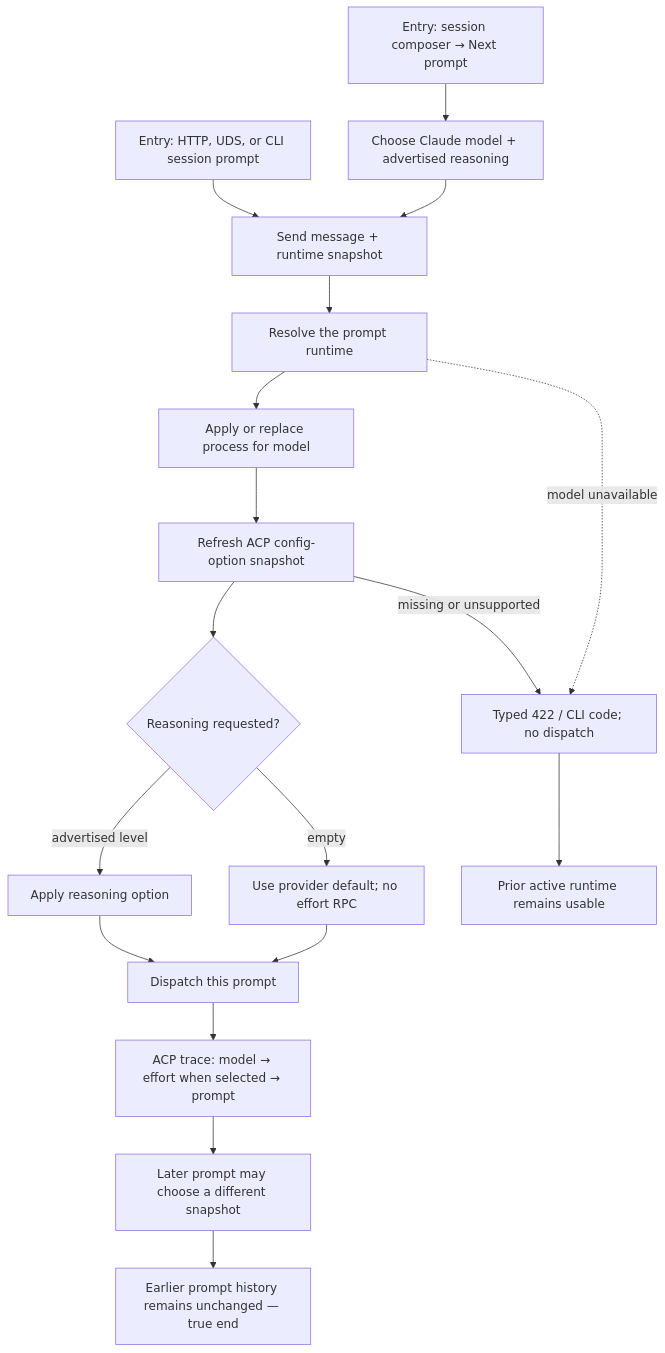
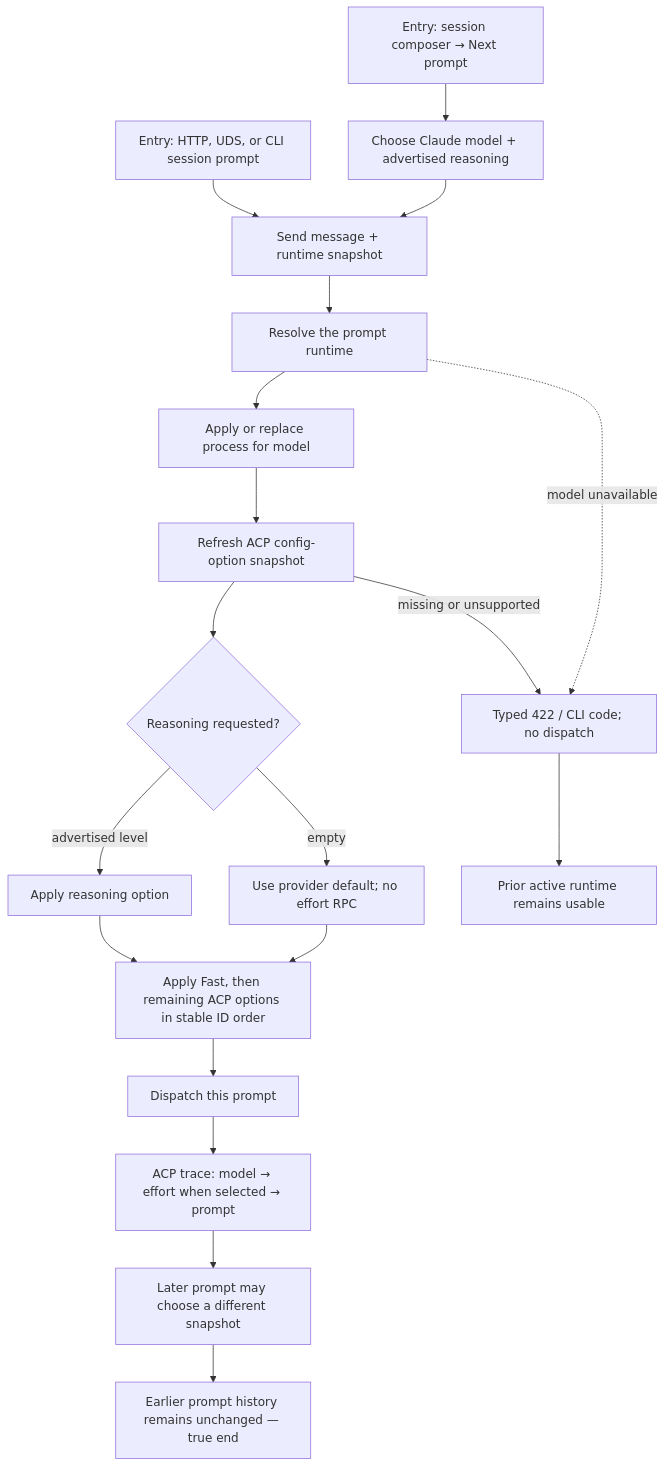
The diagram in docs/qa/journeys/J-21-claude-reasoning-end-to-end.md (compozy/compozy), drawn with Mermaid before and after one commit. The commit also changed other lines of this file and 379 other files, not shown here.

````diff
--- a/docs/qa/journeys/J-21-claude-reasoning-end-to-end.md
+++ b/docs/qa/journeys/J-21-claude-reasoning-end-to-end.md
@@ -9,20 +9,21 @@
 ```mermaid
 flowchart TD
     E1[Entry: session composer → Next prompt] --> PICK[Choose Claude model + advertised reasoning]
     E2[Entry: HTTP, UDS, or CLI session prompt] --> PAYLOAD[Send message + runtime snapshot]
     PICK --> PAYLOAD
     PAYLOAD --> PLAN[Resolve the prompt runtime]
     PLAN --> MODEL[Apply or replace process for model]
     MODEL --> OPTIONS[Refresh ACP config-option snapshot]
     OPTIONS --> EFFORT{Reasoning requested?}
     EFFORT -->|advertised level| APPLY[Apply reasoning option]
     EFFORT -->|empty| NORPC[Use provider default; no effort RPC]
-    APPLY --> DISPATCH[Dispatch this prompt]
-    NORPC --> DISPATCH
+    APPLY --> EXTRA[Apply Fast, then remaining ACP options in stable ID order]
+    EXTRA --> DISPATCH[Dispatch this prompt]
+    NORPC --> EXTRA
     DISPATCH --> TRACE[ACP trace: model → effort when selected → prompt]
     TRACE --> LATER[Later prompt may choose a different snapshot]
     LATER --> END[Earlier prompt history remains unchanged — true end]
     OPTIONS -->|missing or unsupported| FAIL[Typed 422 / CLI code; no dispatch]
     FAIL --> ROLLBACK[Prior active runtime remains usable]
     PLAN -.->|model unavailable| FAIL
 ```
````
